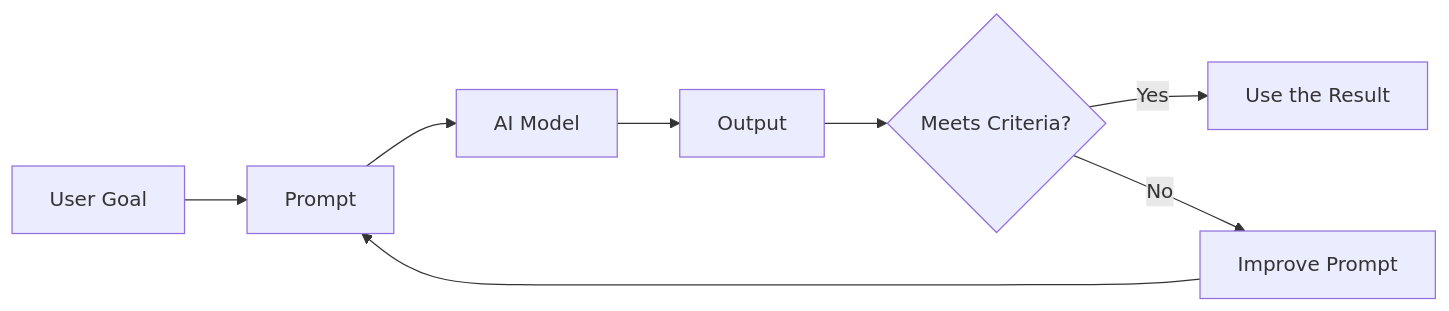
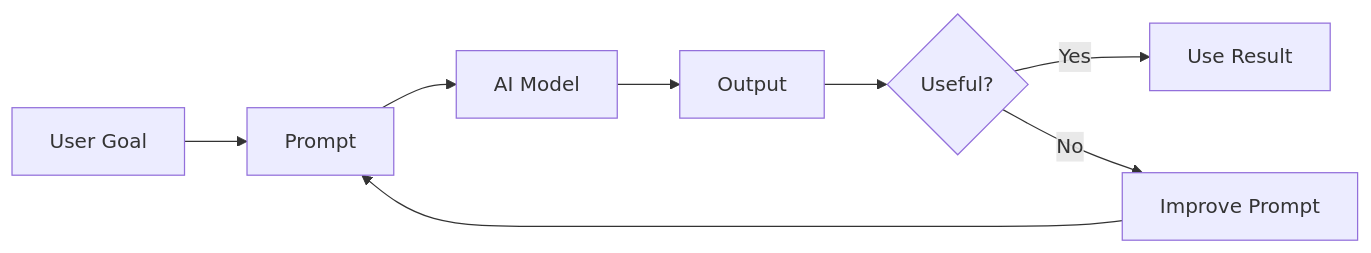
One commit to AceronX/ai-agent-roadmap changed the first of 8 diagrams in docs/stages/03-prompt-engineering/prompt-basics/index.md. Above: the diagram before and after it, drawn with Mermaid. The commit also changed other lines of this file and 1 other file, not shown here.

````diff
--- a/docs/stages/03-prompt-engineering/prompt-basics/index.md
+++ b/docs/stages/03-prompt-engineering/prompt-basics/index.md
@@ -78,10 +64,10 @@
 ```mermaid
 flowchart LR
     A[User Goal] --> B[Prompt]
     B --> C[AI Model]
     C --> D[Output]
-    D --> E{Meets Criteria?}
-    E -->|Yes| F[Use the Result]
+    D --> E{Useful?}
+    E -->|Yes| F[Use Result]
     E -->|No| G[Improve Prompt]
     G --> B
 ```
````
